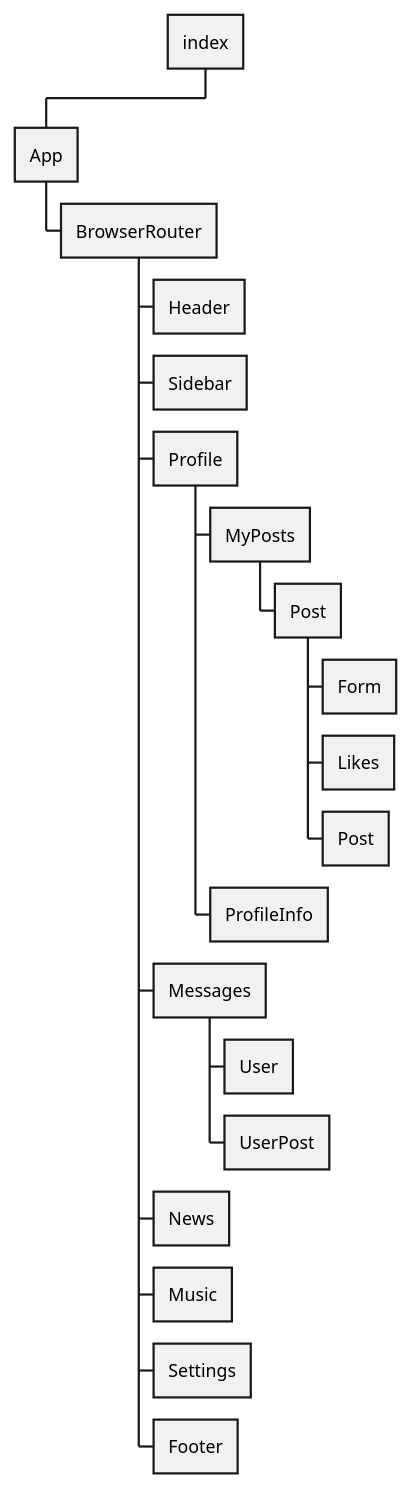
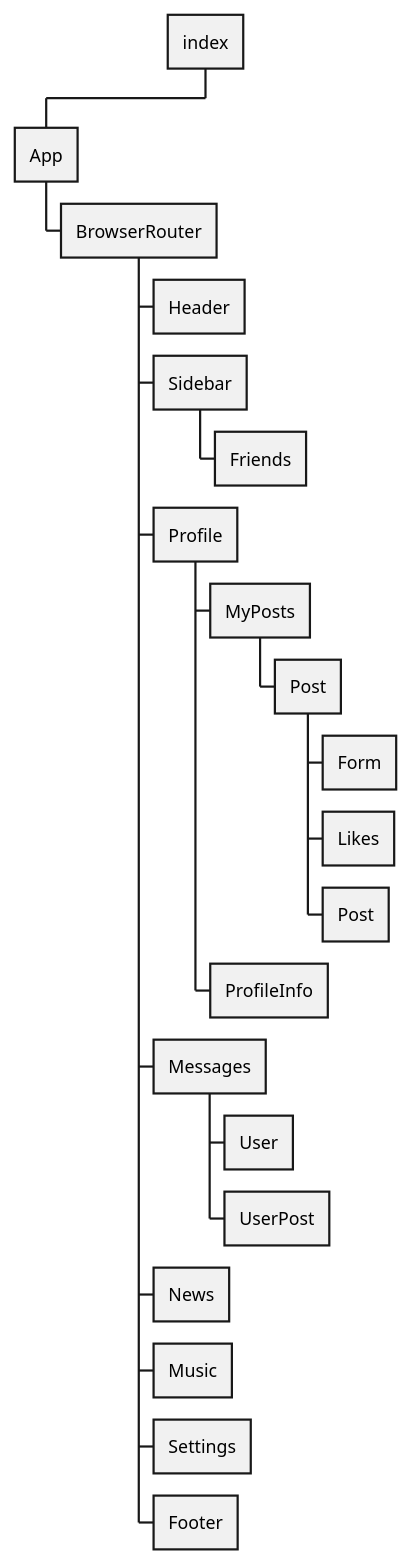
The diagram in src/structure.puml (civilizator/polygon), drawn with PlantUML before and after one commit. The commit also changed 11 other files, not shown here.

```diff
--- a/src/structure.puml
+++ b/src/structure.puml
@@ -1,33 +1,34 @@
 @startwbs
 * index
 ** App
 *** BrowserRouter
 
 **** Header
 
 **** Sidebar
+***** Friends
 
 **** Profile
 ***** MyPosts
 ****** Post
 ******* Form
 ******* Likes
 ******* Post
 ***** ProfileInfo
 
 
 **** Messages
 ***** User
 ***** UserPost
 
 **** News
 
 **** Music
 
 **** Settings
 
 **** Footer
 
 
 
 @endwbs
```
